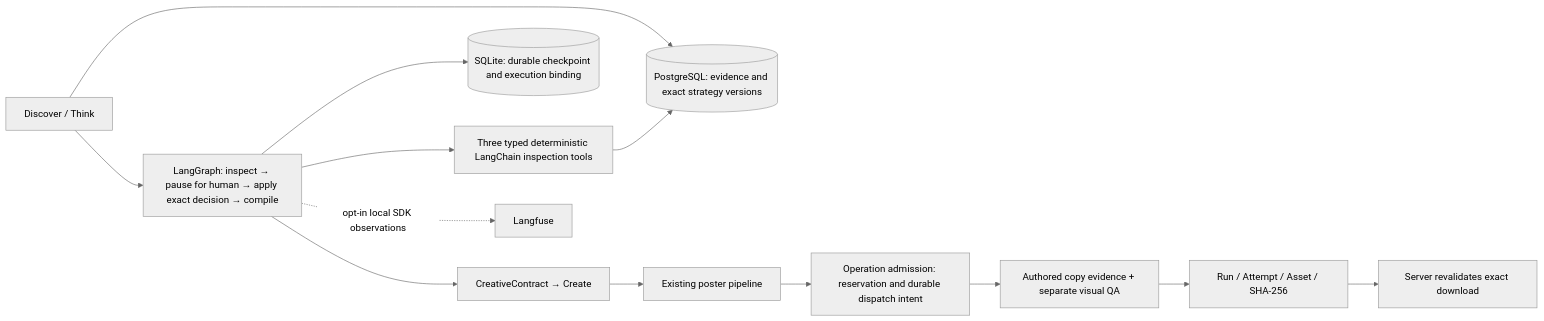
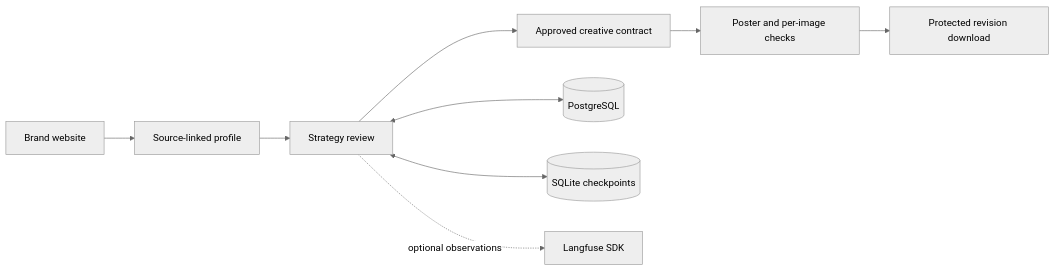
Before and after one commit to asmaasamyhagag22-design/adzy: the diagram in README.md, drawn with Mermaid (neutral theme). The commit also changed other lines of this file and 5 other files, not shown here.

````diff
--- a/README.md
+++ b/README.md
@@ -55,15 +21,11 @@
 ```mermaid
 flowchart LR
-    UI[Discover / Think] --> PG[(PostgreSQL: evidence and exact strategy versions)]
-    UI --> G[LangGraph: inspect → pause for human → apply exact decision → compile]
-    G --> T[Three typed deterministic LangChain inspection tools]
-    T --> PG
-    G --> SQ[(SQLite: durable checkpoint and execution binding)]
-    G --> C[CreativeContract → Create]
-    C --> P[Existing poster pipeline]
-    P --> O[Operation admission: reservation and durable dispatch intent]
-    O --> Q[Authored copy evidence + separate visual QA]
-    Q --> A[Run / Attempt / Asset / SHA-256]
-    A --> D[Server revalidates exact download]
-    G -. opt-in local SDK observations .-> LF[Langfuse]
+    URL[Brand website] --> E[Source-linked profile]
+    E --> R[Strategy review]
+    R --> C[Approved creative contract]
+    C --> P[Poster and per-image checks]
+    P --> D[Protected revision download]
+    R <--> DB[(PostgreSQL)]
+    R <--> CP[(SQLite checkpoints)]
+    R -. optional observations .-> LF[Langfuse SDK]
 ```
````
